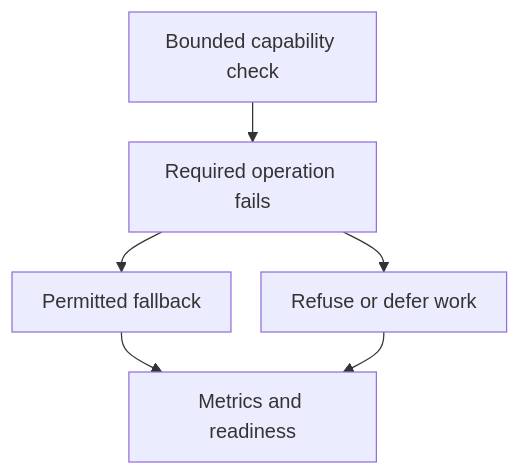
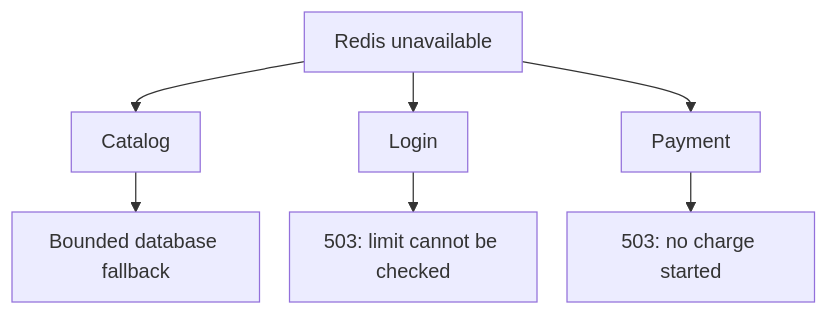
One commit to bedrock-python/bedrock-python.github.io changed the diagram in docs/blog/posts/2026-09-13-redis-failures-and-health-checks.md. Above: the diagram before and after it, drawn with Mermaid. The commit also changed other lines of this file and 205 other files, not shown here.

````diff
--- a/docs/blog/posts/2026-09-13-redis-failures-and-health-checks.md
+++ b/docs/blog/posts/2026-09-13-redis-failures-and-health-checks.md
@@ -73,24 +249,29 @@
 ```mermaid
 ---
 config:
   theme: default
   look: classic
   flowchart:
     useMaxWidth: false
     wrappingWidth: 150
     padding: 12
     nodeSpacing: 24
     rankSpacing: 32
 ---
 flowchart TD
-    accTitle: Decide what each operation does without Redis
-    accDescr: A capability check detects a failed operation. The application chooses a permitted fallback or refusal, then reflects that decision in readiness.
-    A["Bounded capability check"]
-    B["Required operation fails"]
-    C["Permitted fallback"]
-    D["Refuse or defer work"]
-    E["Metrics and readiness"]
+    accTitle: One Redis outage, three shop routes
+    accDescr: When Redis is unavailable, the catalog uses a bounded database fallback. Login and payment return 503 without bypassing their checks.
+    A["Redis unavailable"]
+    B["Catalog"]
+    C["Login"]
+    D["Payment"]
+    E["Bounded database fallback"]
+    F["503: limit cannot be checked"]
+    G["503: no charge started"]
     A --> B
-    B --> C --> E
-    B --> D --> E
+    A --> C
+    A --> D
+    B --> E
+    C --> F
+    D --> G
 ```
````
